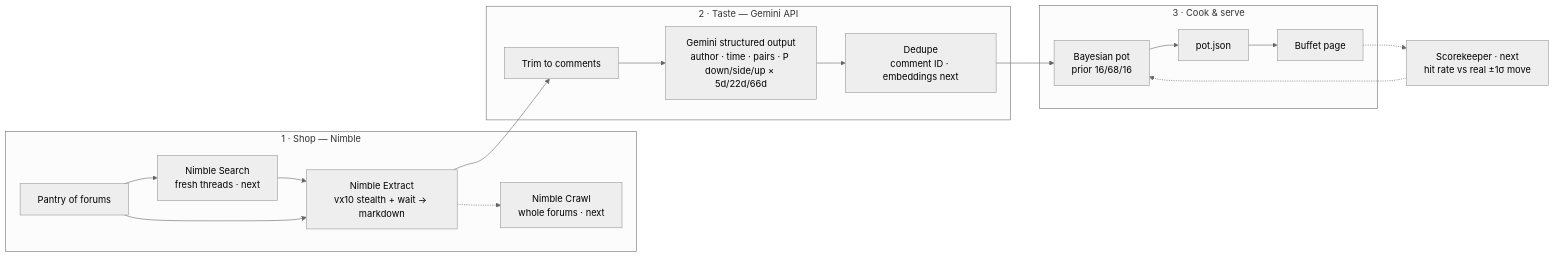
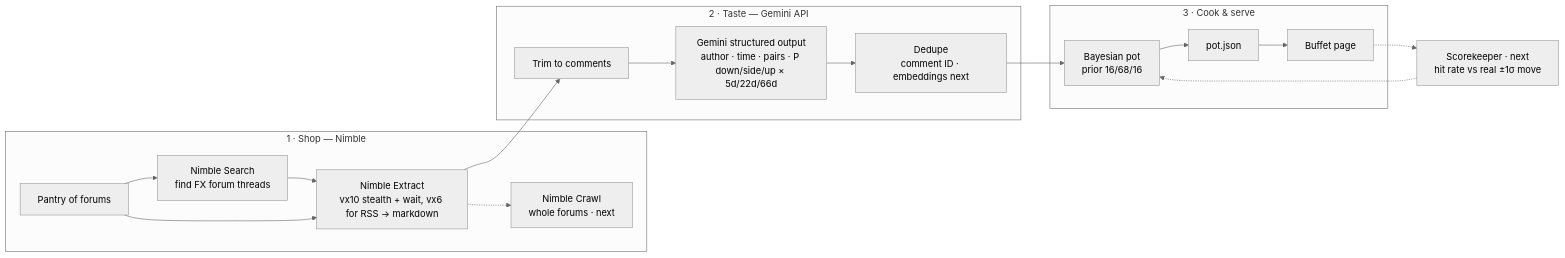
One commit to ZhangHaoquan/malalphai changed the diagram in README.md. Above: the diagram before and after it, drawn with Mermaid (neutral theme). The commit also changed other lines of this file and 5 other files, not shown here.

````diff
--- a/README.md
+++ b/README.md
@@ -42,19 +43,19 @@
 ```mermaid
 flowchart LR
   subgraph Shop["1 · Shop — Nimble"]
-    P[Pantry of forums] --> S[Nimble Search<br/>fresh threads · next]
-    S --> E[Nimble Extract<br/>vx10 stealth + wait → markdown]
+    P[Pantry of forums] --> S[Nimble Search<br/>find FX forum threads]
+    S --> E[Nimble Extract<br/>vx10 stealth + wait, vx6 for RSS → markdown]
     P --> E
     E -.-> C[Nimble Crawl<br/>whole forums · next]
   end
   subgraph Taste["2 · Taste — Gemini API"]
     T[Trim to comments] --> G[Gemini structured output<br/>author · time · pairs · P down/side/up × 5d/22d/66d]
     G --> D[Dedupe<br/>comment ID · embeddings next]
   end
   subgraph Cook["3 · Cook & serve"]
     B[Bayesian pot<br/>prior 16/68/16] --> J[pot.json] --> W[Buffet page]
   end
   E --> T
   D --> B
   W -.-> K[Scorekeeper · next<br/>hit rate vs real ±1σ move] -.-> B
 ```
````
